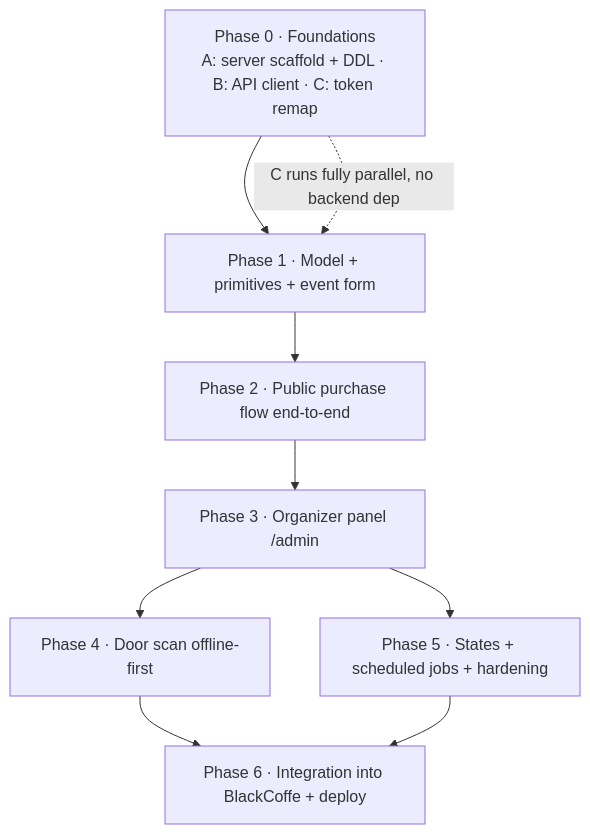
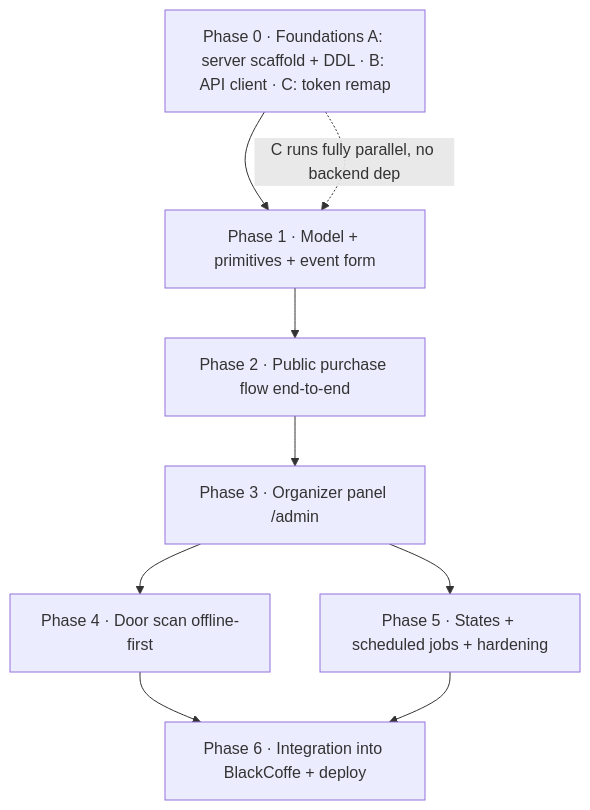
One commit to jdavidrt/Sigale changed the diagram in docs/SIGALE_2.0_IMPLEMENTATION_PLAN.md. Above: the diagram before and after it, drawn with Mermaid.

Commit message:
new new new

````diff
--- a/docs/SIGALE_2.0_IMPLEMENTATION_PLAN.md
+++ b/docs/SIGALE_2.0_IMPLEMENTATION_PLAN.md
@@ -46,13 +46,13 @@
 ```mermaid
 flowchart TD
-  P0[Phase 0 · Foundations<br/>A: server scaffold + DDL · B: API client · C: token remap]
+  P0[Phase 0 · Foundations A: server scaffold + DDL · B: API client · C: token remap]
   P1[Phase 1 · Model + primitives + event form]
   P2[Phase 2 · Public purchase flow end-to-end]
   P3[Phase 3 · Organizer panel /admin]
   P4[Phase 4 · Door scan offline-first]
   P5[Phase 5 · States + scheduled jobs + hardening]
   P6[Phase 6 · Integration into BlackCoffe + deploy]
   P0 --> P1 --> P2 --> P3 --> P4 --> P6
   P3 --> P5 --> P6
   P0 -. C runs fully parallel, no backend dep .-> P1
 ```
````
